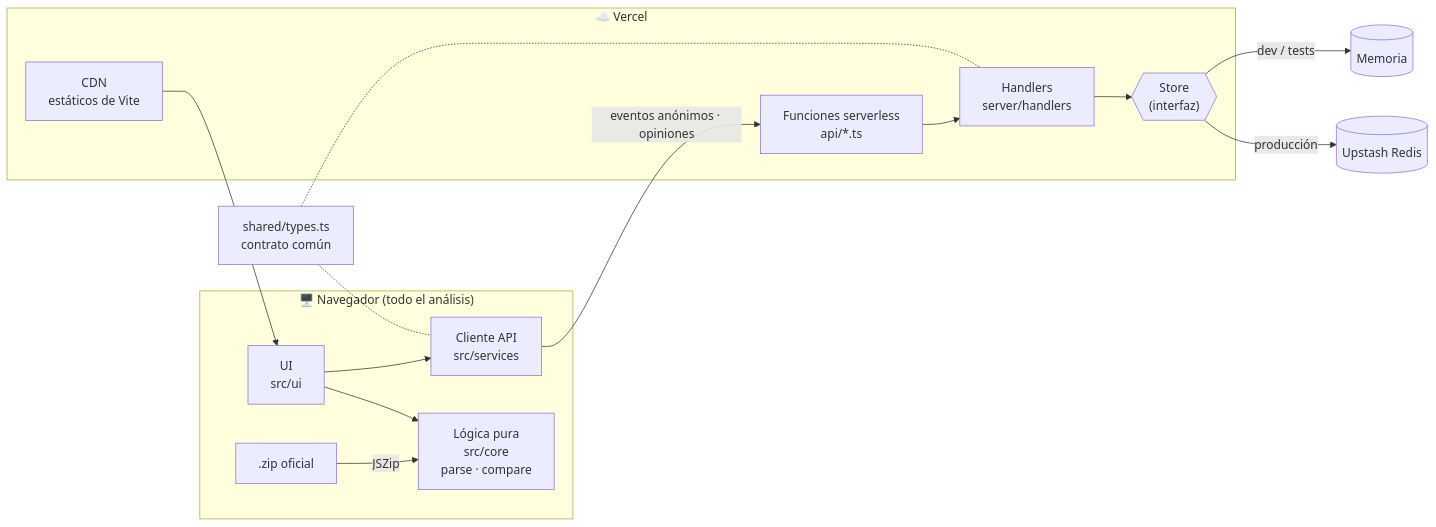
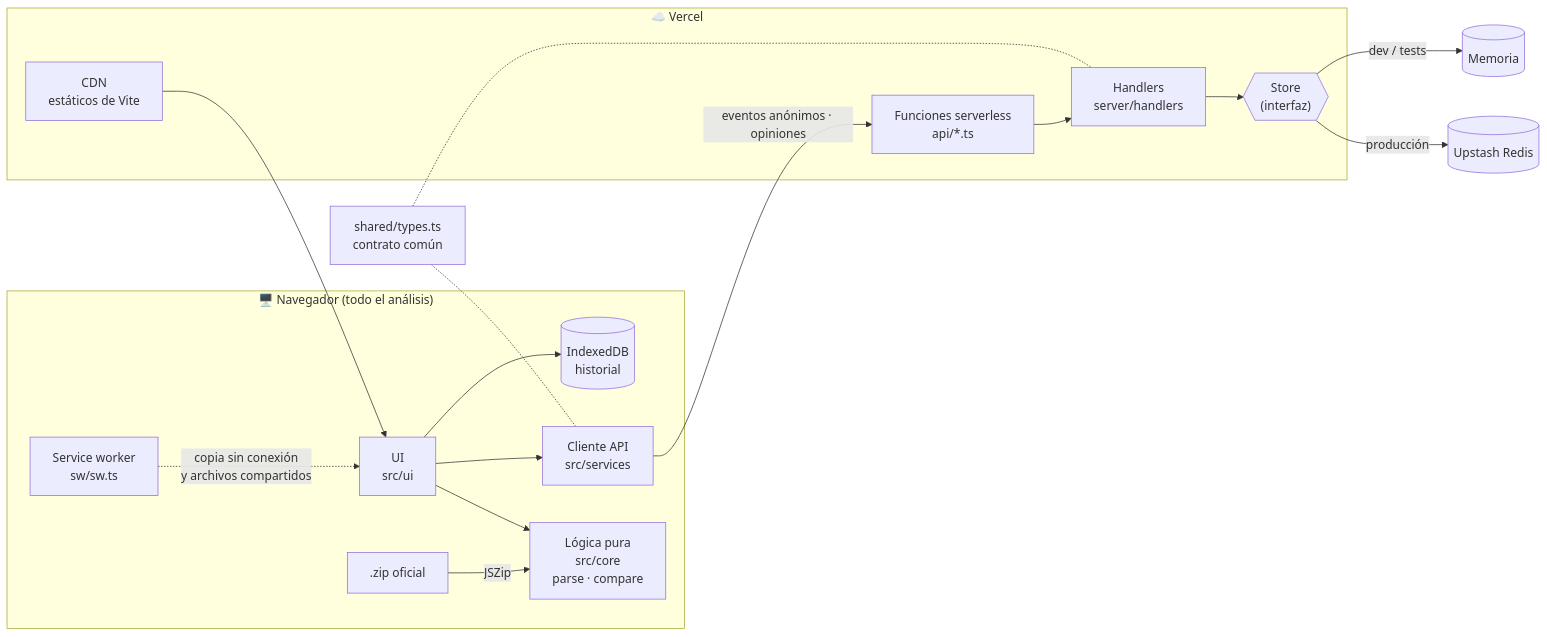
Before and after one commit to jmm-21/ghost-radar: the first of 2 diagrams in README.md, drawn with Mermaid. The commit also changed other lines of this file, not shown here.

````diff
--- a/README.md
+++ b/README.md
@@ -58,21 +59,23 @@
 ```mermaid
 flowchart LR
     subgraph Navegador["🖥️ Navegador (todo el análisis)"]
         UI["UI<br/>src/ui"] --> Core["Lógica pura<br/>src/core<br/>parse · compare"]
         UI --> Client["Cliente API<br/>src/services"]
         ZIP[".zip oficial"] -->|JSZip| Core
+        UI --> IDB[("IndexedDB<br/>historial")]
+        SW["Service worker<br/>sw/sw.ts"] -.->|"copia sin conexión<br/>y archivos compartidos"| UI
     end
 
     subgraph Vercel["☁️ Vercel"]
         CDN["CDN<br/>estáticos de Vite"]
         API["Funciones serverless<br/>api/*.ts"] --> Handlers["Handlers<br/>server/handlers"]
         Handlers --> Store{{"Store<br/>(interfaz)"}}
     end
 
     Store -->|producción| Redis[("Upstash Redis")]
     Store -->|dev / tests| Mem[("Memoria")]
     Client -->|"eventos anónimos · opiniones"| API
     CDN --> UI
     Shared["shared/types.ts<br/>contrato común"] -.- Client
     Shared -.- Handlers
 ```
````
